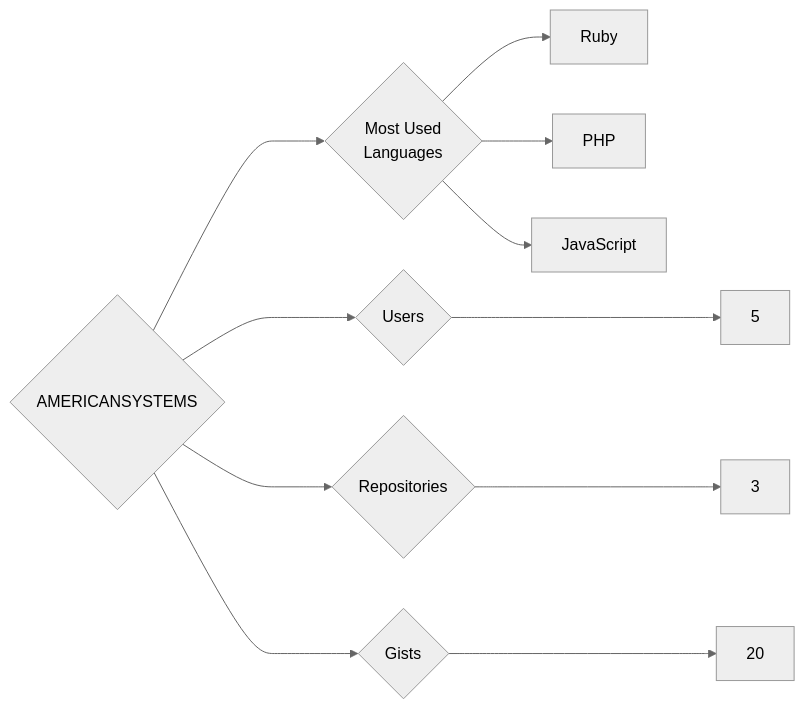
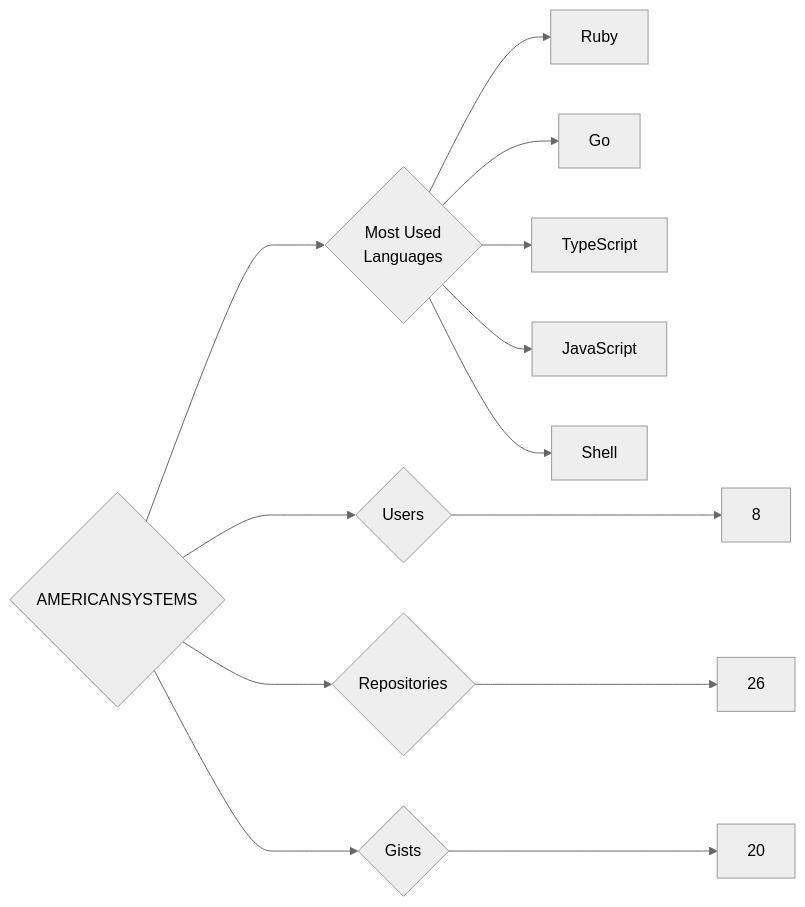
The diagram in targets/AMERICANSYSTEMS/README.md (trickest/insiders), drawn with Mermaid (neutral theme) before and after one commit. The commit also changed 724 other files, not shown here.

````diff
--- a/targets/AMERICANSYSTEMS/README.md
+++ b/targets/AMERICANSYSTEMS/README.md
@@ -3,11 +3,13 @@
 ```mermaid
 graph LR
 COMPANY_NAME{AMERICANSYSTEMS}
-COMPANY_NAME ---> U{Users} ---> UN[5]
-COMPANY_NAME ---> R{Repositories} ---> RN[3]
+COMPANY_NAME ---> U{Users} ---> UN[8]
+COMPANY_NAME ---> R{Repositories} ---> RN[26]
 COMPANY_NAME ---> G{Gists} ---> GN[20]
 COMPANY_NAME ---> ML{Most Used<br>Languages}
 ML --> Ruby[Ruby]
-ML --> PHP[PHP]
+ML --> Go[Go]
+ML --> TypeScript[TypeScript]
 ML --> JavaScript[JavaScript]
+ML --> Shell[Shell]
 ```
````
